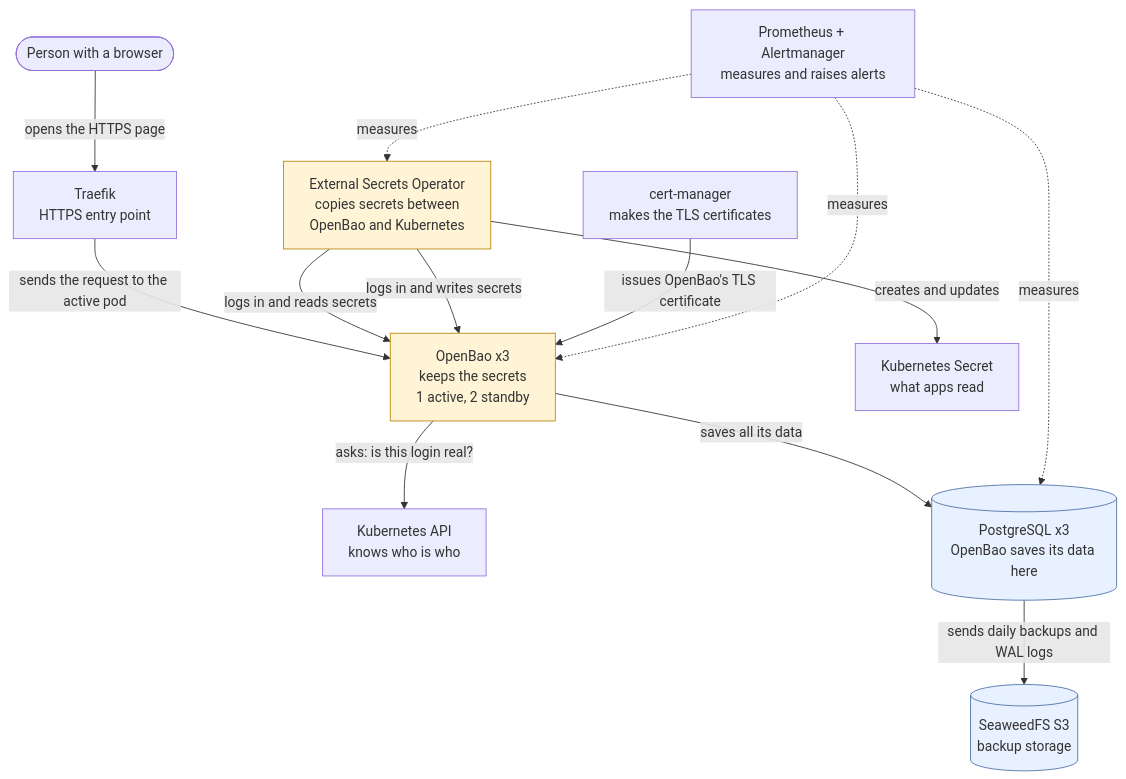
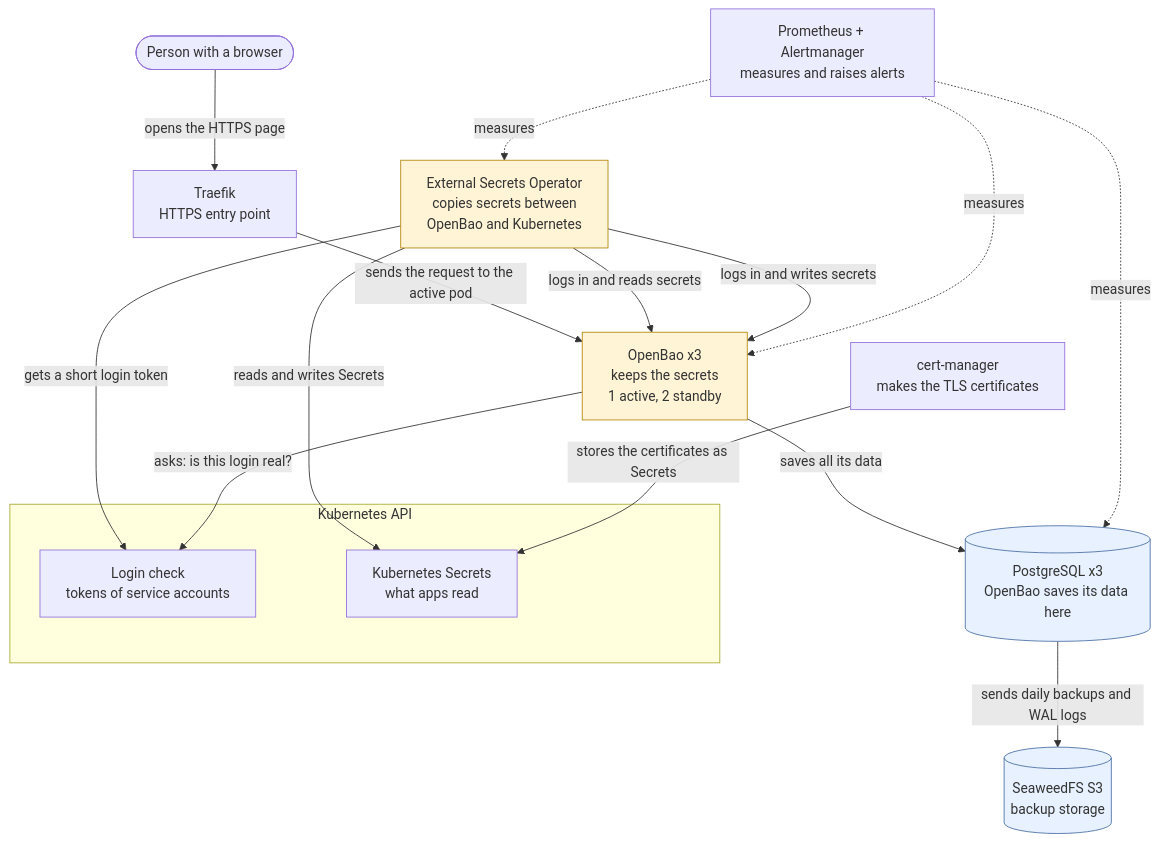
One commit to arsalanahmedzia/openbao-platform changed the second of 8 diagrams in README.md. Above: the diagram before and after it, drawn with Mermaid. The commit also changed other lines of this file, not shown here.

Commit message:
docs: strict call directions and diagrams for every part of the platform

````diff
--- a/README.md
+++ b/README.md
@@ -43,30 +43,33 @@
 ```mermaid
 flowchart TB
   user([Person with a browser])
   traefik[Traefik<br/>HTTPS entry point]
   bao[OpenBao x3<br/>keeps the secrets<br/>1 active, 2 standby]
-  api[Kubernetes API<br/>knows who is who]
   pg[(PostgreSQL x3<br/>OpenBao saves its data here)]
   s3[(SeaweedFS S3<br/>backup storage)]
   eso[External Secrets Operator<br/>copies secrets between<br/>OpenBao and Kubernetes]
-  ksec[Kubernetes Secret<br/>what apps read]
   cm[cert-manager<br/>makes the TLS certificates]
   prom[Prometheus + Alertmanager<br/>measures and raises alerts]
+  subgraph api[Kubernetes API]
+    login[Login check<br/>tokens of service accounts]
+    ksec[Kubernetes Secrets<br/>what apps read]
+  end
 
   user -->|"opens the HTTPS page"| traefik
   traefik -->|"sends the request to the active pod"| bao
+  eso -->|"gets a short login token"| login
   eso -->|"logs in and reads secrets"| bao
   eso -->|"logs in and writes secrets"| bao
-  bao -->|"asks: is this login real?"| api
+  bao -->|"asks: is this login real?"| login
   bao -->|"saves all its data"| pg
   pg -->|"sends daily backups and WAL logs"| s3
-  eso -->|"creates and updates"| ksec
-  cm -->|"issues OpenBao's TLS certificate"| bao
+  eso -->|"reads and writes Secrets"| ksec
+  cm -->|"stores the certificates as Secrets"| ksec
   prom -.->|"measures"| bao
   prom -.->|"measures"| pg
   prom -.->|"measures"| eso
   classDef store fill:#e8f1ff,stroke:#4a6fa5
   classDef main fill:#fff4d6,stroke:#b8860b
   class pg,s3 store
   class bao,eso main
 ```
````
